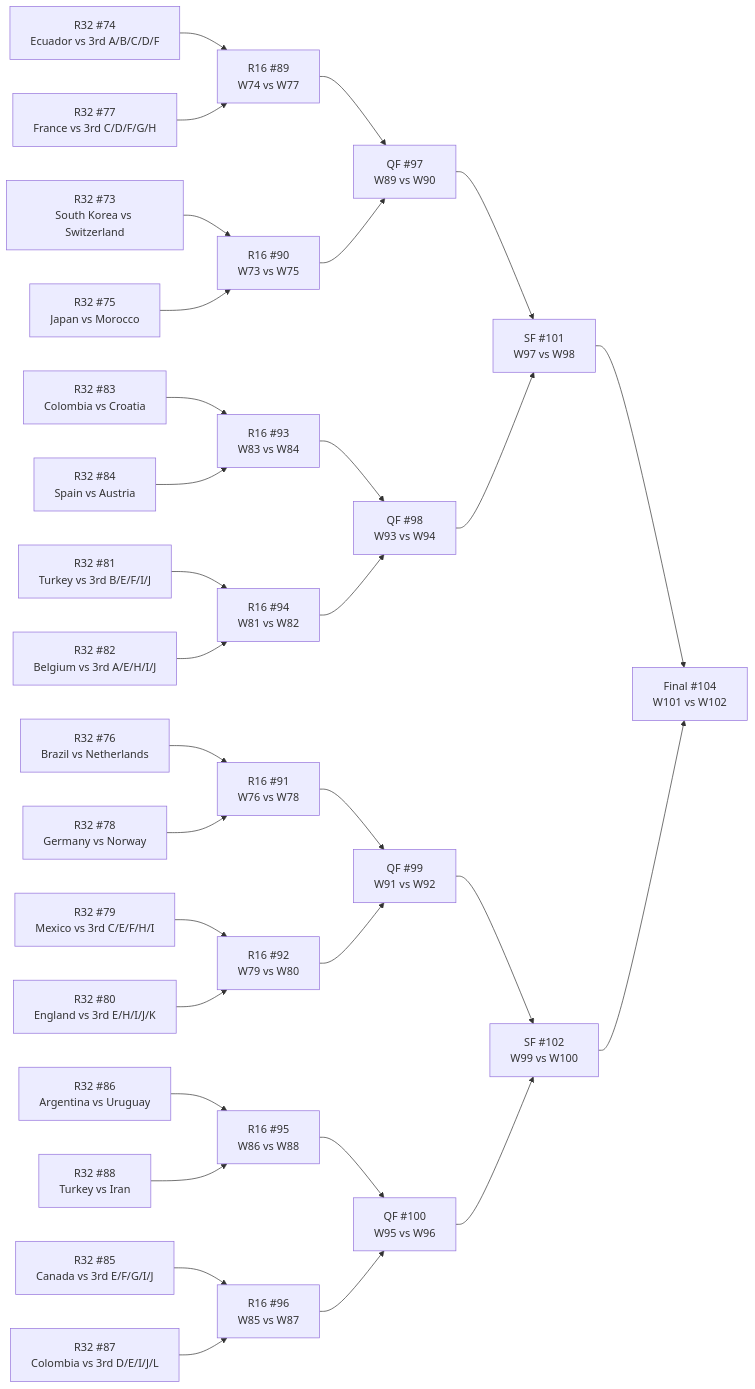
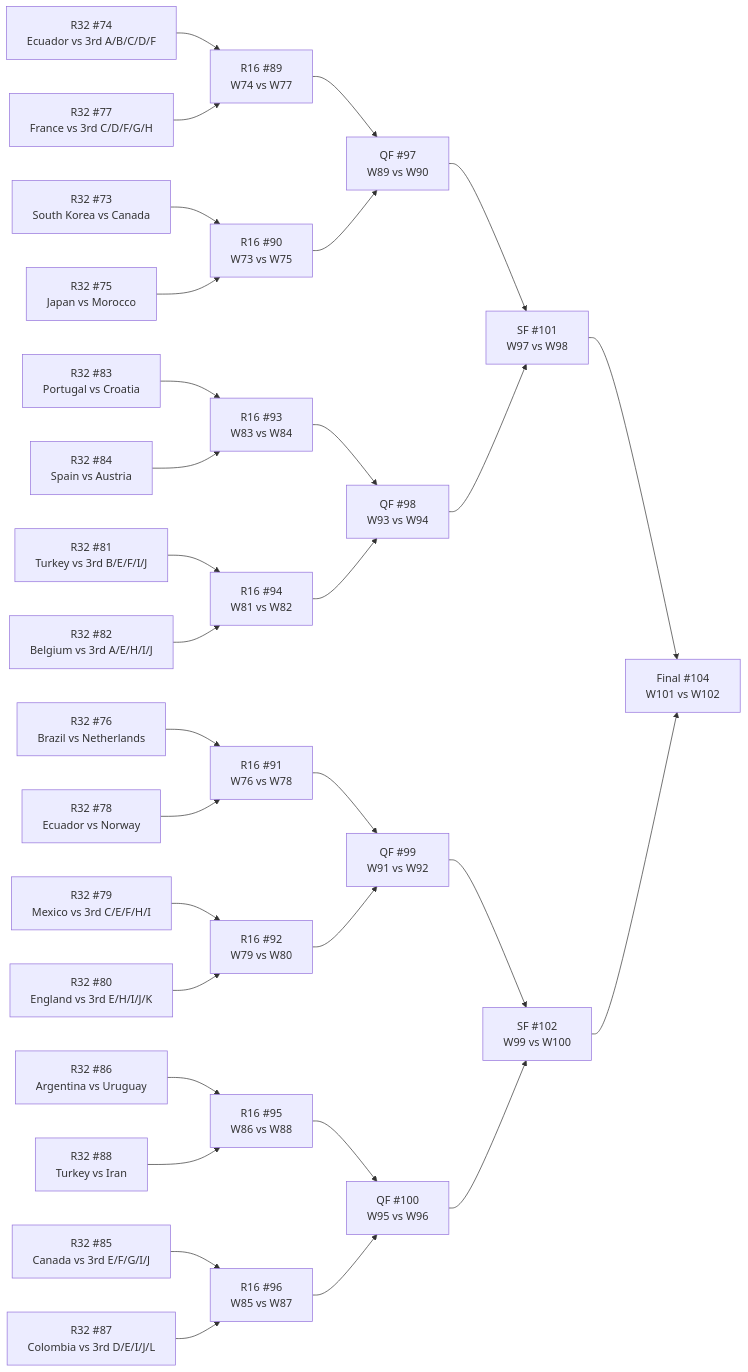
Before and after one commit to Tutai-Tran/WC-2026-predictor: the diagram in WC vault/_bracket.md, drawn with Mermaid. The commit also changed 302 other files, not shown here.

````diff
--- a/WC vault/_bracket.md
+++ b/WC vault/_bracket.md
@@ -11,64 +11,64 @@
 ```mermaid
 flowchart LR
-  M73["R32 #73<br>South Korea vs Switzerland"]
+  M73["R32 #73<br>South Korea vs Canada"]
   M74["R32 #74<br>Ecuador vs 3rd A/B/C/D/F"]
   M75["R32 #75<br>Japan vs Morocco"]
   M76["R32 #76<br>Brazil vs Netherlands"]
   M77["R32 #77<br>France vs 3rd C/D/F/G/H"]
-  M78["R32 #78<br>Germany vs Norway"]
+  M78["R32 #78<br>Ecuador vs Norway"]
   M79["R32 #79<br>Mexico vs 3rd C/E/F/H/I"]
   M80["R32 #80<br>England vs 3rd E/H/I/J/K"]
   M81["R32 #81<br>Turkey vs 3rd B/E/F/I/J"]
   M82["R32 #82<br>Belgium vs 3rd A/E/H/I/J"]
-  M83["R32 #83<br>Colombia vs Croatia"]
+  M83["R32 #83<br>Portugal vs Croatia"]
   M84["R32 #84<br>Spain vs Austria"]
   M85["R32 #85<br>Canada vs 3rd E/F/G/I/J"]
   M86["R32 #86<br>Argentina vs Uruguay"]
   M87["R32 #87<br>Colombia vs 3rd D/E/I/J/L"]
   M88["R32 #88<br>Turkey vs Iran"]
   M89["R16 #89<br>W74 vs W77"]
   M90["R16 #90<br>W73 vs W75"]
   M91["R16 #91<br>W76 vs W78"]
   M92["R16 #92<br>W79 vs W80"]
   M93["R16 #93<br>W83 vs W84"]
   M94["R16 #94<br>W81 vs W82"]
   M95["R16 #95<br>W86 vs W88"]
   M96["R16 #96<br>W85 vs W87"]
   M97["QF #97<br>W89 vs W90"]
   M98["QF #98<br>W93 vs W94"]
   M99["QF #99<br>W91 vs W92"]
   M100["QF #100<br>W95 vs W96"]
   M101["SF #101<br>W97 vs W98"]
   M102["SF #102<br>W99 vs W100"]
   M104["Final #104<br>W101 vs W102"]
   M74 --> M89
   M77 --> M89
   M73 --> M90
   M75 --> M90
   M76 --> M91
   M78 --> M91
   M79 --> M92
   M80 --> M92
   M83 --> M93
   M84 --> M93
   M81 --> M94
   M82 --> M94
   M86 --> M95
   M88 --> M95
   M85 --> M96
   M87 --> M96
   M89 --> M97
   M90 --> M97
   M93 --> M98
   M94 --> M98
   M91 --> M99
   M92 --> M99
   M95 --> M100
   M96 --> M100
   M97 --> M101
   M98 --> M101
   M99 --> M102
   M100 --> M102
   M101 --> M104
   M102 --> M104
 ```
````
